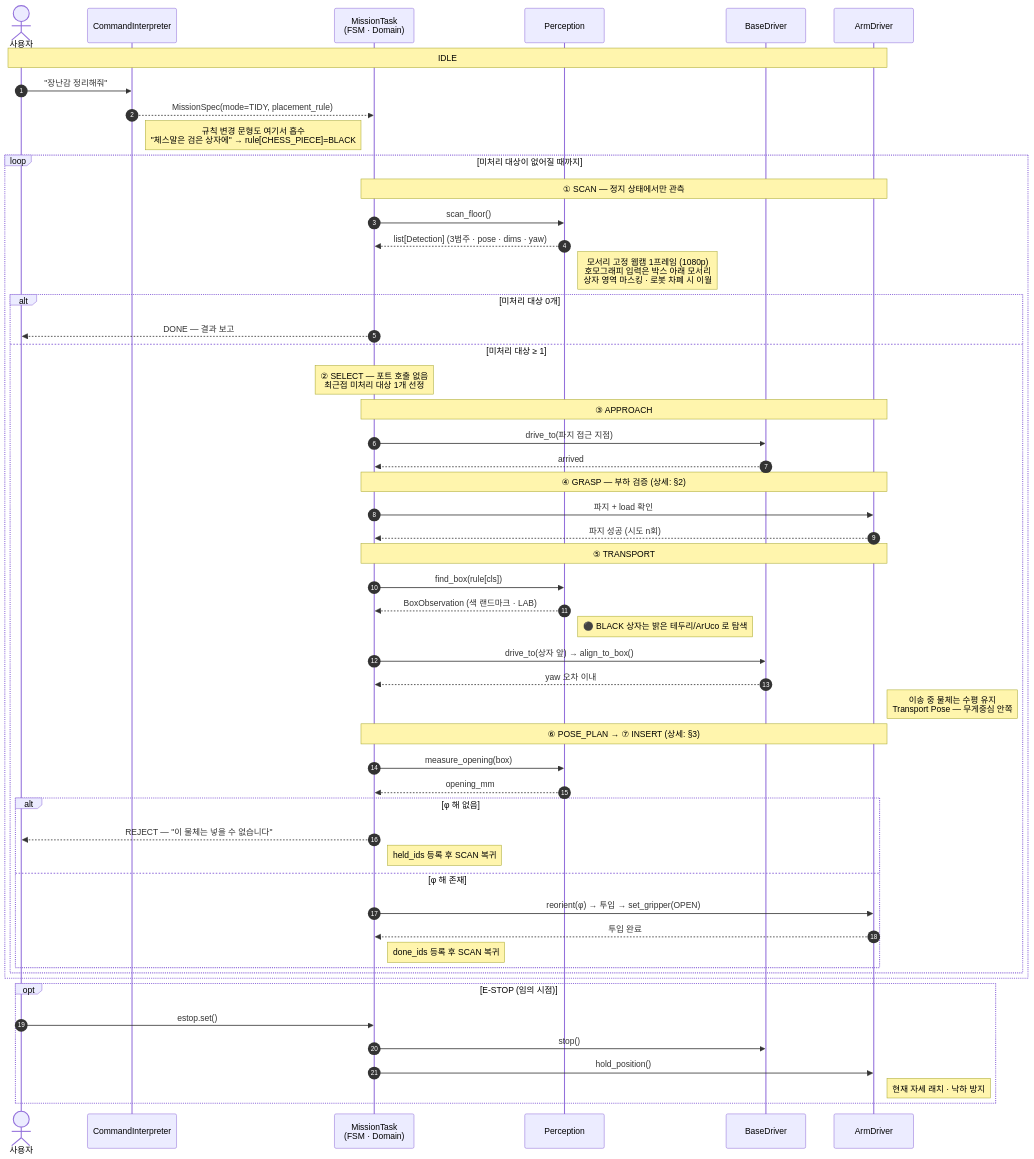
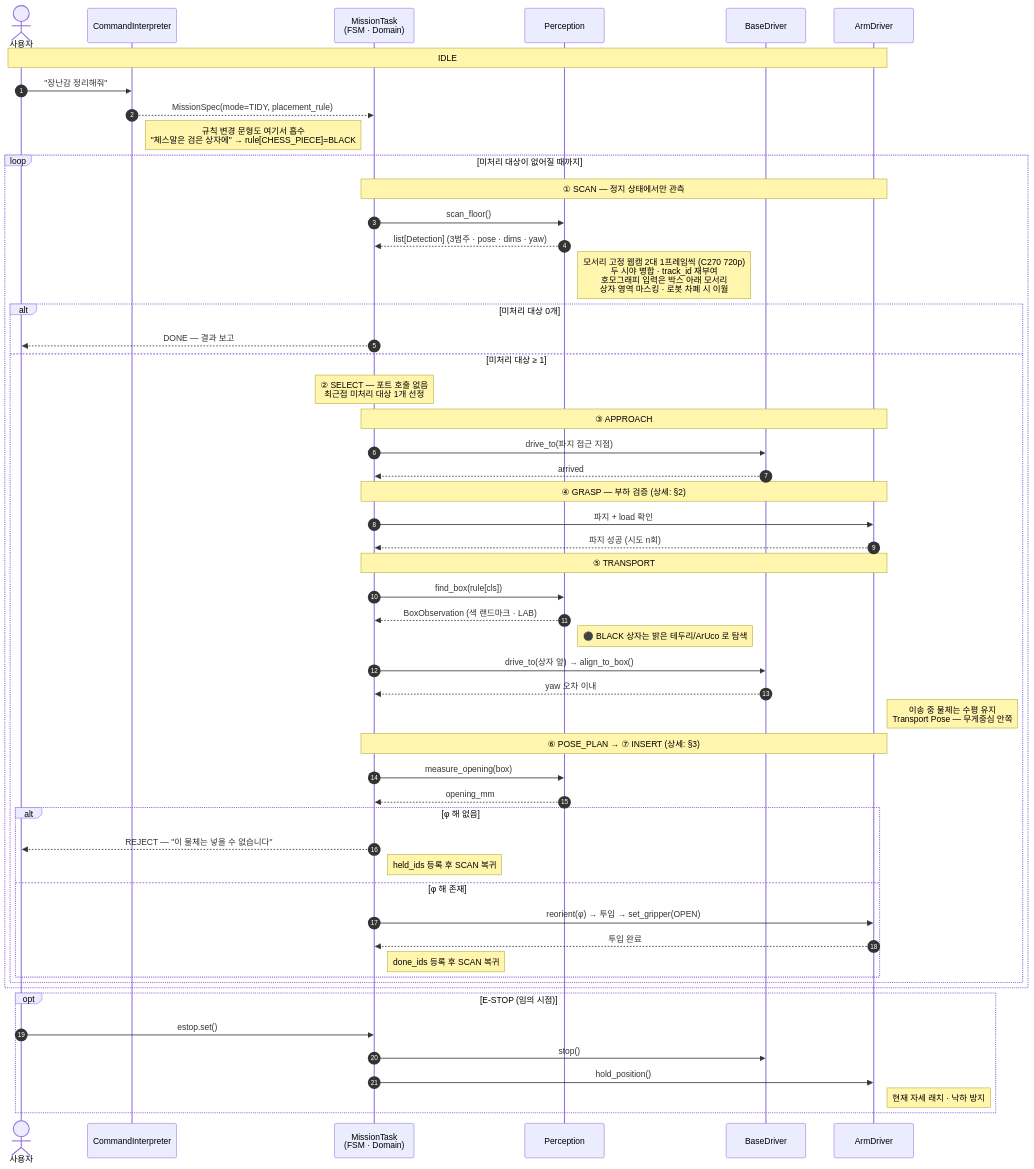
The first of 5 diagrams in docs/design/sequences.md (grippers-intel/grippers), drawn with Mermaid before and after one commit. The commit also changed 6 other files, not shown here.

````diff
--- a/docs/design/sequences.md
+++ b/docs/design/sequences.md
@@ -22,63 +22,63 @@
 ```mermaid
 sequenceDiagram
     autonumber
     actor OP as 사용자
     participant I as CommandInterpreter
     participant T as MissionTask<br/>(FSM · Domain)
     participant P as Perception
     participant B as BaseDriver
     participant A as ArmDriver
 
     Note over OP,A: IDLE
     OP->>I: "장난감 정리해줘"
     I-->>T: MissionSpec(mode=TIDY, placement_rule)
     Note right of I: 규칙 변경 문형도 여기서 흡수<br/>"체스말은 검은 상자에" → rule[CHESS_PIECE]=BLACK
 
     loop 미처리 대상이 없어질 때까지
         Note over T,A: ① SCAN — 정지 상태에서만 관측
         T->>P: scan_floor()
         P-->>T: list[Detection] (3범주 · pose · dims · yaw)
-        Note right of P: 모서리 고정 웹캠 1프레임 (1080p)<br/>호모그래피 입력은 박스 아래 모서리<br/>상자 영역 마스킹 · 로봇 차폐 시 이월
+        Note right of P: 모서리 고정 웹캠 2대 1프레임씩 (C270 720p)<br/>두 시야 병합 · track_id 재부여<br/>호모그래피 입력은 박스 아래 모서리<br/>상자 영역 마스킹 · 로봇 차폐 시 이월
 
         alt 미처리 대상 0개
             T-->>OP: DONE — 결과 보고
         else 미처리 대상 ≥ 1
             Note over T: ② SELECT — 포트 호출 없음<br/>최근접 미처리 대상 1개 선정
 
             Note over T,A: ③ APPROACH
             T->>B: drive_to(파지 접근 지점)
             B-->>T: arrived
 
             Note over T,A: ④ GRASP — 부하 검증 (상세: §2)
             T->>A: 파지 + load 확인
             A-->>T: 파지 성공 (시도 n회)
 
             Note over T,A: ⑤ TRANSPORT
             T->>P: find_box(rule[cls])
             P-->>T: BoxObservation (색 랜드마크 · LAB)
         Note right of P: ⚫ BLACK 상자는 밝은 테두리/ArUco 로 탐색
             T->>B: drive_to(상자 앞) → align_to_box()
             B-->>T: yaw 오차 이내
             Note right of A: 이송 중 물체는 수평 유지<br/>Transport Pose — 무게중심 안쪽
 
             Note over T,A: ⑥ POSE_PLAN → ⑦ INSERT (상세: §3)
             T->>P: measure_opening(box)
             P-->>T: opening_mm
             alt φ 해 없음
                 T-->>OP: REJECT — "이 물체는 넣을 수 없습니다"
                 Note right of T: held_ids 등록 후 SCAN 복귀
             else φ 해 존재
                 T->>A: reorient(φ) → 투입 → set_gripper(OPEN)
                 A-->>T: 투입 완료
                 Note right of T: done_ids 등록 후 SCAN 복귀
             end
         end
     end
 
     opt E-STOP (임의 시점)
         OP->>T: estop.set()
         T->>B: stop()
         T->>A: hold_position()
         Note right of A: 현재 자세 래치 · 낙하 방지
     end
 ```
````
